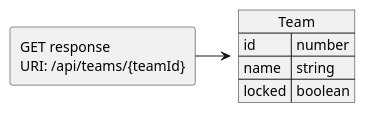
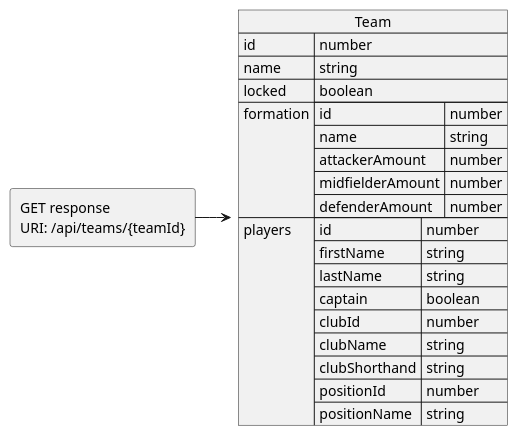
The diagram in docs/JSON Contracts/Responses/GetTeam.puml (JKMN-Projects/TeamTactics), drawn with PlantUML before and after one commit. The commit also changed 3 other files, not shown here.

```diff
--- a/docs/JSON Contracts/Responses/GetTeam.puml
+++ b/docs/JSON Contracts/Responses/GetTeam.puml
@@ -1,12 +1,30 @@
 @startuml Get team response
 allowmixing
 
 agent "GET response \nURI: /api/teams/{teamId}"
   json "Team" as J {
     "id": "number",
     "name": "string",
-    "locked": "boolean"
+    "locked": "boolean",
+    "formation": {
+        "id": "number",
+        "name": "string",
+        "attackerAmount": "number",
+        "midfielderAmount": "number",
+        "defenderAmount": "number"
+    },
+    "players": [{
+        "id": "number",
+        "firstName": "string",
+        "lastName": "string",
+        "captain": "boolean",
+        "clubId": "number",
+        "clubName": "string",
+        "clubShorthand": "string",
+        "positionId": "number",
+        "positionName": "string"
+    }]
   }
 
 "GET response \nURI: /api/teams/{teamId}" -> J 
 @enduml
```
